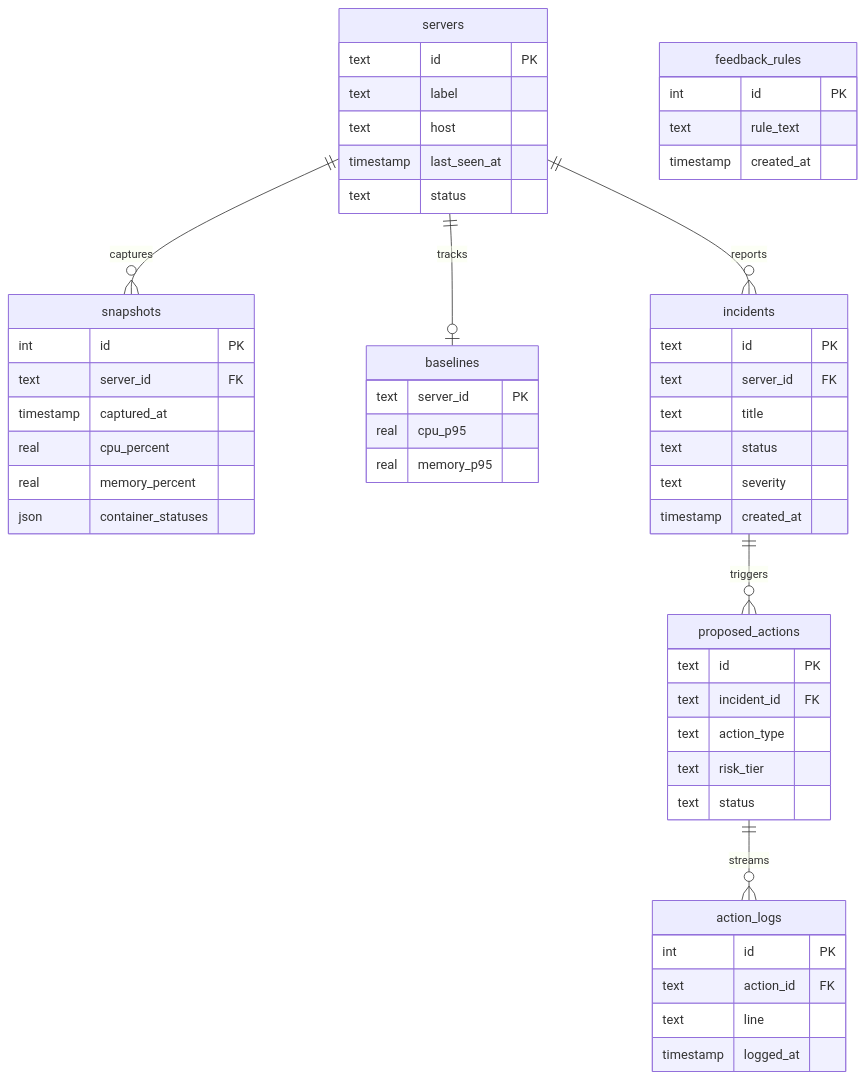
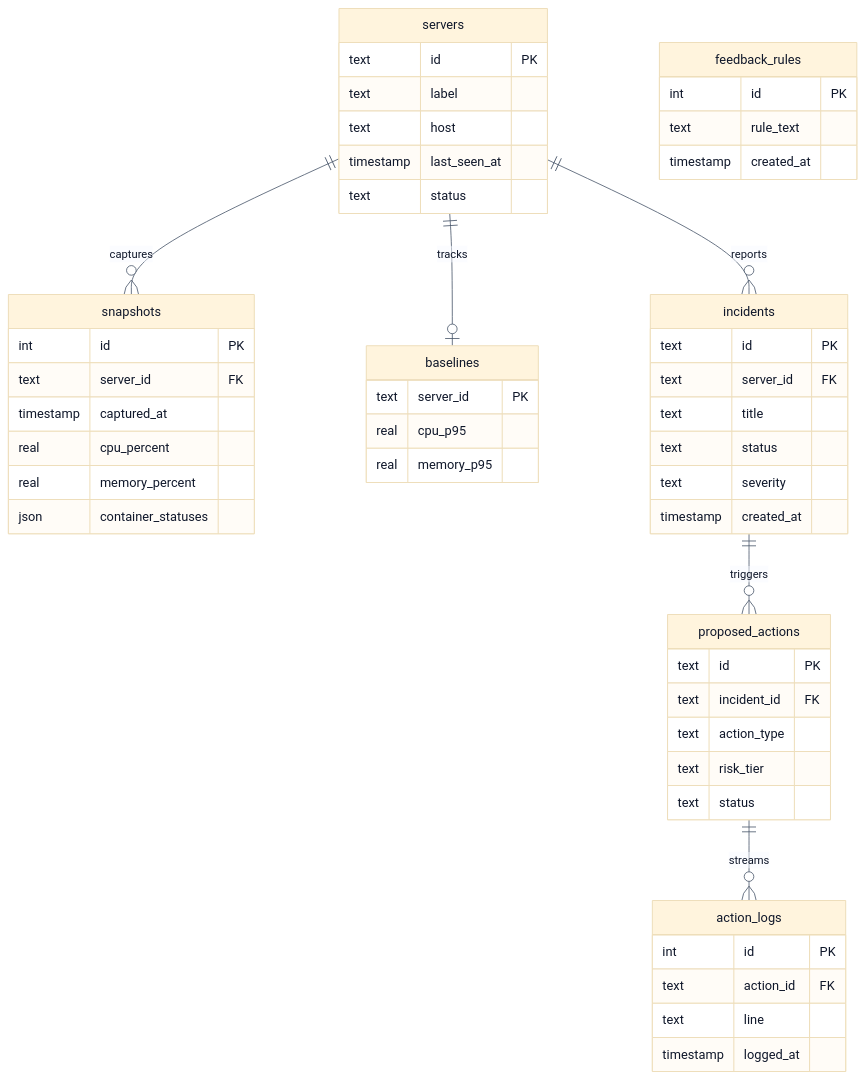
One commit to NevilPatel01/devops-mcp changed the seventh of 12 diagrams in README.md. Above: the diagram before and after it, drawn with Mermaid. The commit also changed other lines of this file and 34 other files, not shown here.

````diff
--- a/README.md
+++ b/README.md
@@ -258,61 +421,62 @@
 ```mermaid
+%%{init: {'theme':'base', 'themeVariables': {'primaryTextColor':'#0f172a','tertiaryTextColor':'#0f172a','lineColor':'#475569','textColor':'#0f172a'}}}%%
 erDiagram
   servers ||--o{ snapshots : captures
   servers ||--o| baselines : tracks
   servers ||--o{ incidents : reports
   incidents ||--o{ proposed_actions : triggers
   proposed_actions ||--o{ action_logs : streams
 
   servers {
     text id PK
     text label
     text host
     timestamp last_seen_at
     text status
   }
 
   snapshots {
     int id PK
     text server_id FK
     timestamp captured_at
     real cpu_percent
     real memory_percent
     json container_statuses
   }
 
   baselines {
     text server_id PK
     real cpu_p95
     real memory_p95
   }
 
   incidents {
     text id PK
     text server_id FK
     text title
     text status
     text severity
     timestamp created_at
   }
 
   proposed_actions {
     text id PK
     text incident_id FK
     text action_type
     text risk_tier
     text status
   }
 
   action_logs {
     int id PK
     text action_id FK
     text line
     timestamp logged_at
   }
 
   feedback_rules {
     int id PK
     text rule_text
     timestamp created_at
   }
 ```
````
